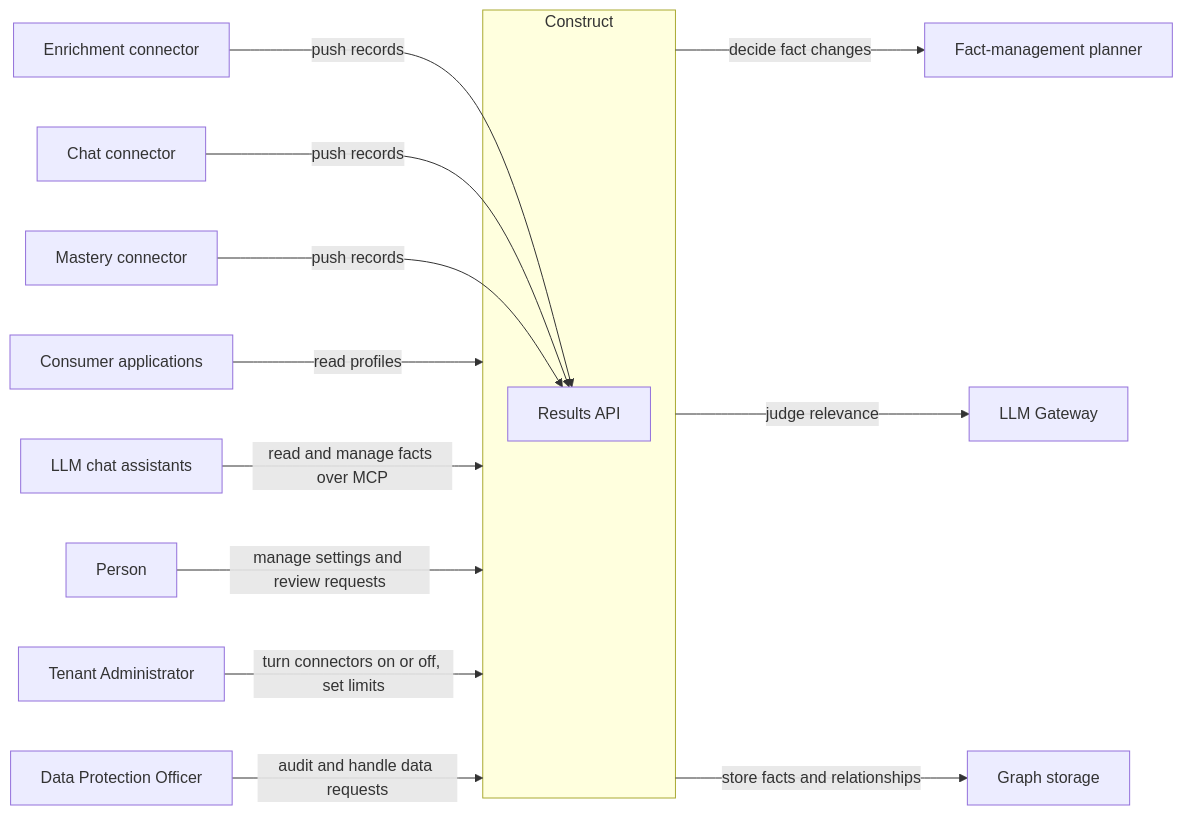
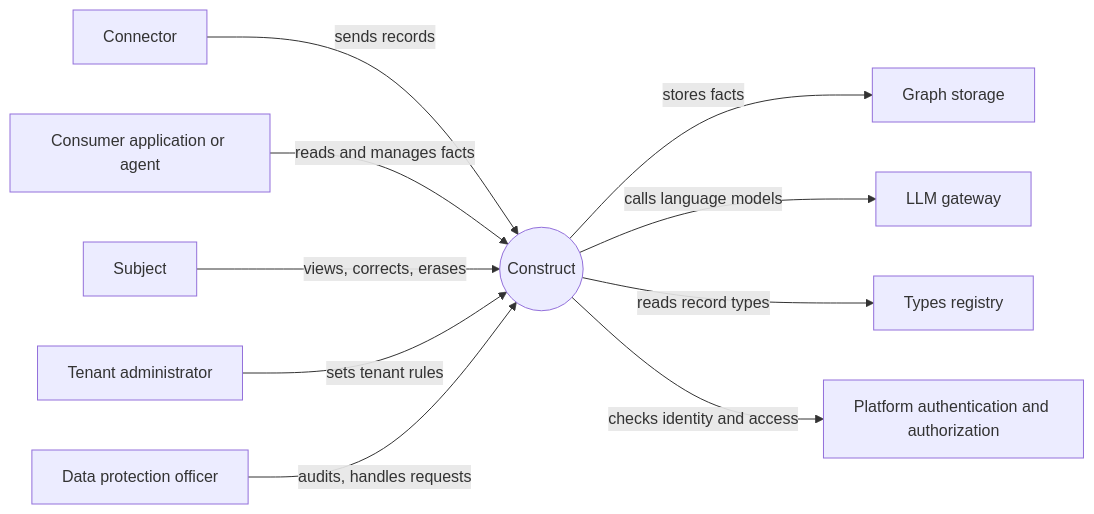
One commit to AndIConstructor/gears-rust changed the diagram in gears/construct/docs/PRD.md. Above: the diagram before and after it, drawn with Mermaid. The commit also changed other lines of this file and 1 other file, not shown here.

First line of the commit message:
docs(construct): rewrite the PRD as a standalone gear

````diff
--- a/gears/construct/docs/PRD.md
+++ b/gears/construct/docs/PRD.md
@@ -53,29 +53,12 @@
 ```mermaid
 flowchart LR
-    EC["Enrichment connector"]
-    CC["Chat connector"]
-    MC["Mastery connector"]
-    subgraph C["Construct"]
-        RA["Results API"]
-    end
-    FP["Fact-management planner"]
-    LG["LLM Gateway"]
-    GS["Graph storage"]
-    APP["Consumer applications"]
-    LLM["LLM chat assistants"]
-    P["Person"]
-    TA["Tenant Administrator"]
-    DPO["Data Protection Officer"]
-
-    EC -->|"push records"| RA
-    CC -->|"push records"| RA
-    MC -->|"push records"| RA
-    C -->|"decide fact changes"| FP
-    C -->|"judge relevance"| LG
-    C -->|"store facts and relationships"| GS
-    APP -->|"read profiles"| C
-    LLM -->|"read and manage facts over MCP"| C
-    P -->|"manage settings and review requests"| C
-    TA -->|"turn connectors on or off, set limits"| C
-    DPO -->|"audit and handle data requests"| C
+    CN["Connector"] -->|"sends records"| C(("Construct"))
+    APP["Consumer application or agent"] -->|"reads and manages facts"| C
+    S["Subject"] -->|"views, corrects, erases"| C
+    TA["Tenant administrator"] -->|"sets tenant rules"| C
+    DPO["Data protection officer"] -->|"audits, handles requests"| C
+    C -->|"stores facts"| GS["Graph storage"]
+    C -->|"calls language models"| LG["LLM gateway"]
+    C -->|"reads record types"| TR["Types registry"]
+    C -->|"checks identity and access"| AU["Platform authentication and authorization"]
 ```
````
